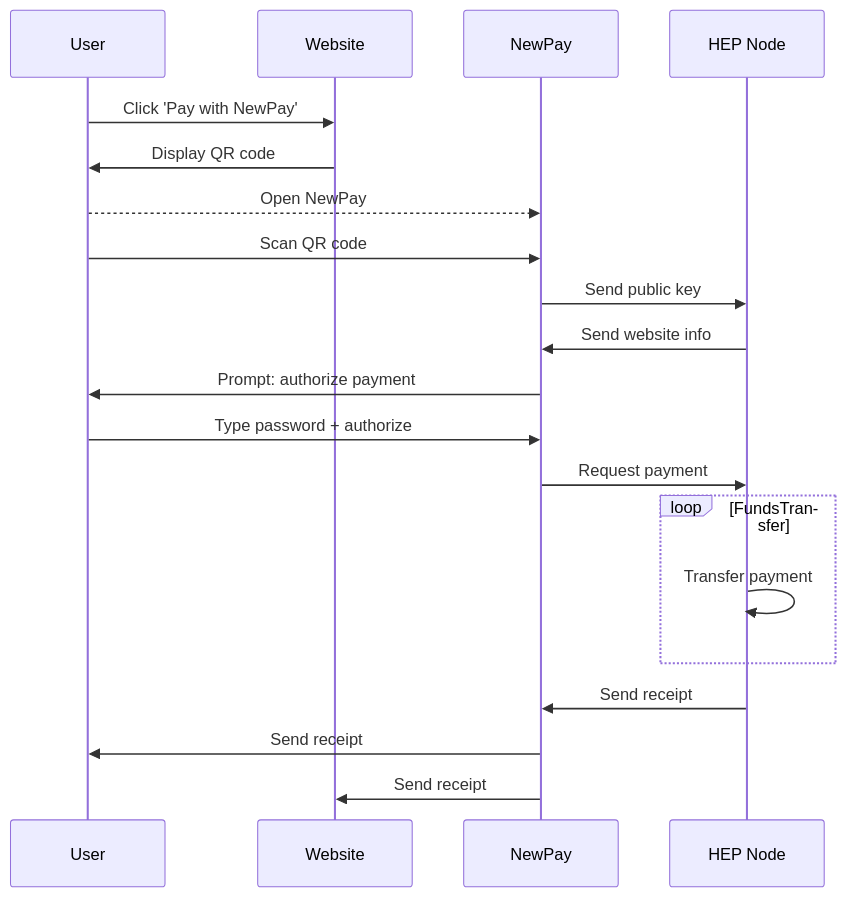
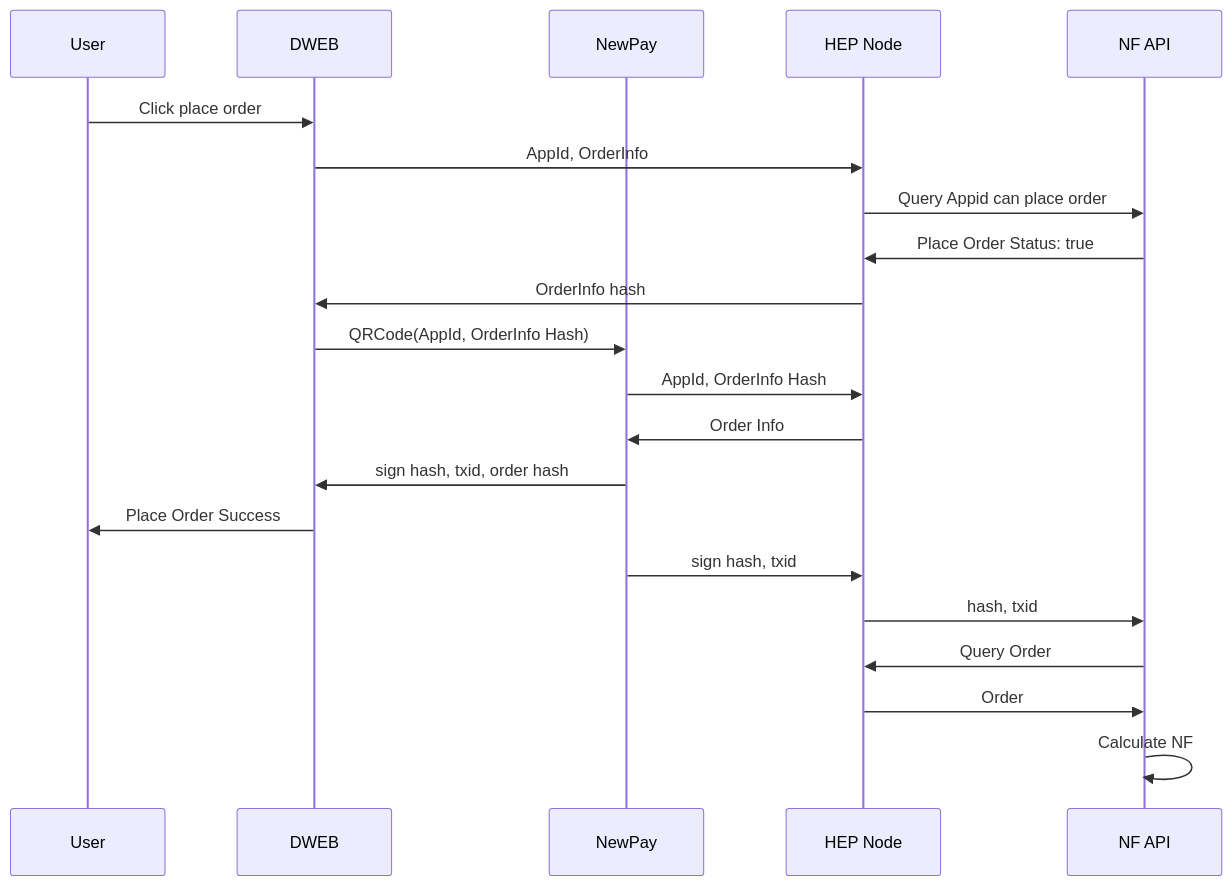
The third of 3 diagrams in DWEB.md (newtonproject/HEP-specification), drawn with Mermaid before and after one commit. The commit also changed other lines of this file and 1 other file, not shown here.

````diff
--- a/DWEB.md
+++ b/DWEB.md
@@ -50,23 +81,23 @@
 ```mermaid
 sequenceDiagram;
-    participant User;
-    participant Website;
+	participant User;
+	participant DWEB;
 	participant NewPay;
 	participant HEP Node;
-
-    User->>Website: Click 'Pay with NewPay';
-	Website->>User: Display QR code;
-	User-->>NewPay: Open NewPay;
-	User->>NewPay: Scan QR code;
-	NewPay->>HEP Node: Send public key;
-	HEP Node->>NewPay: Send website info;
-	NewPay->> User: Prompt: authorize payment;
-	User->>NewPay: Type password + authorize;
-	NewPay->>HEP Node: Request payment;
-loop FundsTransfer;
-        HEP Node->>HEP Node: Transfer payment;
-	end;
-	HEP Node->>NewPay: Send receipt;
-	NewPay->>User: Send receipt;
-	NewPay->>Website: Send receipt;
+	participant NF API;
+	User->>DWEB:Click place order;
+	DWEB->>HEP Node:AppId, OrderInfo;
+	HEP Node->>NF API:Query Appid can place order;
+	NF API->>HEP Node:Place Order Status: true;
+	HEP Node->>DWEB: OrderInfo hash;
+	DWEB->>NewPay: QRCode(AppId, OrderInfo Hash)
+	NewPay->> HEP Node:AppId, OrderInfo Hash;
+	HEP Node->>NewPay:Order Info;
+	NewPay->>DWEB:sign hash, txid, order hash;
+	DWEB->>User:Place Order Success;
+	NewPay->>HEP Node:sign hash, txid;
+	HEP Node->>NF API:hash, txid;
+	NF API->>HEP Node:Query Order;
+	HEP Node->>NF API:Order;
+	NF API->>NF API: Calculate NF;
 ```
````
